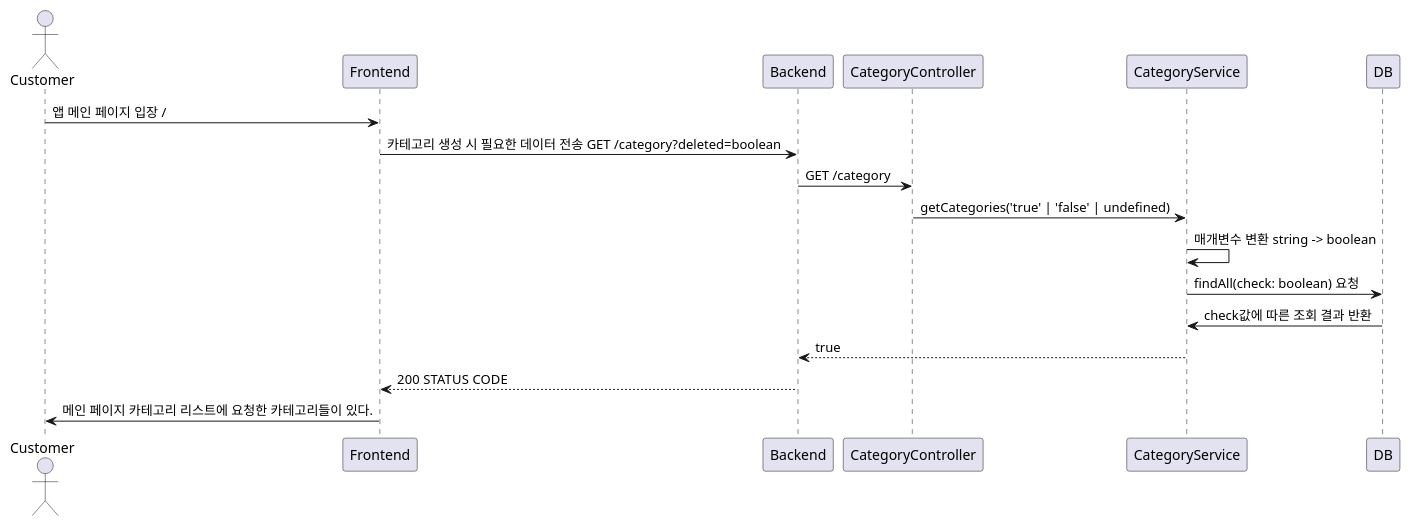
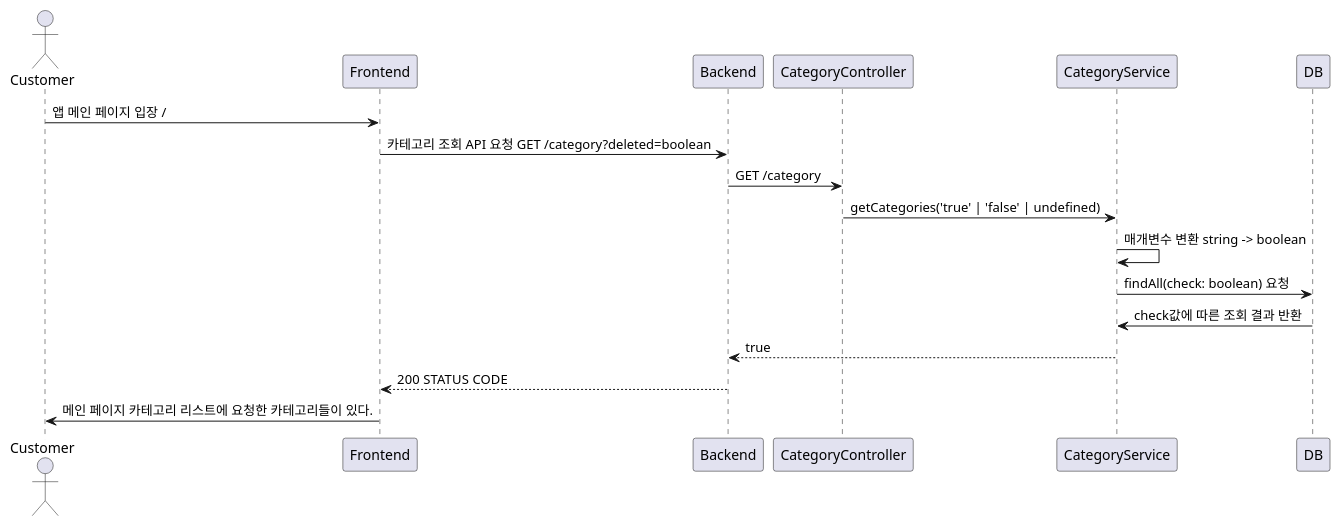
Before and after one commit to VVSOGI/todolist-remake: the first of 2 diagrams in server/docs/category/category.get.md, drawn with PlantUML. The commit also changed other lines of this file, not shown here.

Commit message:
Refactor category.get.md and add use case for getting a specific category #37

````diff
--- a/server/docs/category/category.get.md
+++ b/server/docs/category/category.get.md
@@ -22,15 +22,15 @@
 ```plantuml
 @startuml
 actor Customer
 Customer -> Frontend: 앱 메인 페이지 입장 /
-    Frontend -> Backend: 카테고리 생성 시 필요한 데이터 전송 GET /category?deleted=boolean
+    Frontend -> Backend: 카테고리 조회 API 요청 GET /category?deleted=boolean
         Backend -> CategoryController: GET /category
             CategoryController -> CategoryService: getCategories('true' | 'false' | undefined)
                 CategoryService -> CategoryService: 매개변수 변환 string -> boolean
                 CategoryService -> DB: findAll(check: boolean) 요청
                 DB -> CategoryService: check값에 따른 조회 결과 반환
             Backend <-- CategoryService: true
     Frontend <-- Backend: 200 STATUS CODE
 Customer <- Frontend: 메인 페이지 카테고리 리스트에 요청한 카테고리들이 있다.
 @enduml
 ```
````
